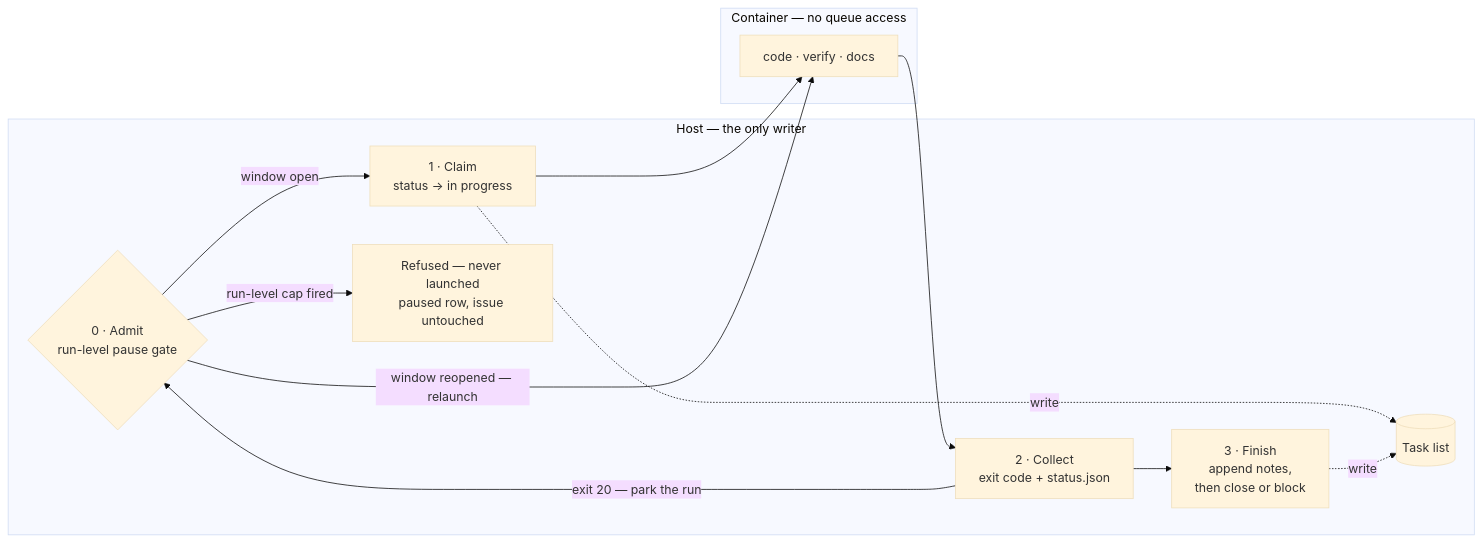
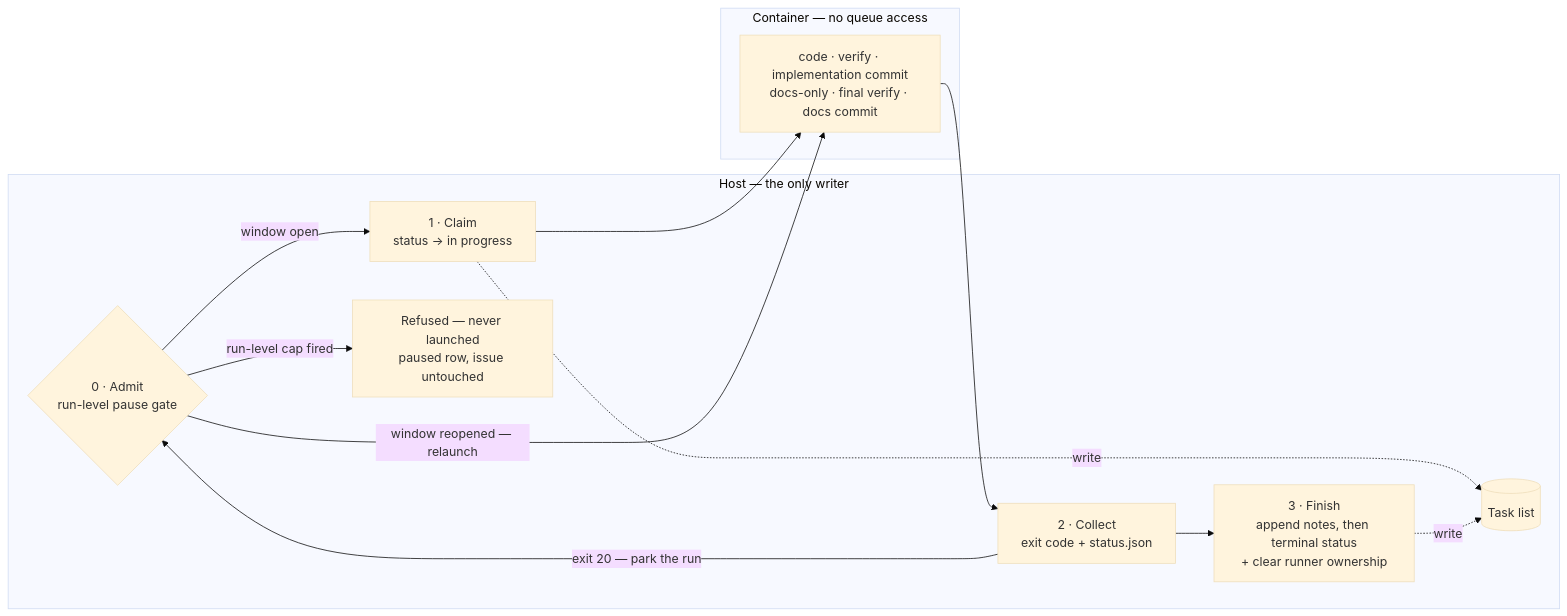
The third of 5 diagrams in docs/pipeline-diagram.md (Chadleewalker/Multi-AgentPipelines), drawn with Mermaid (base theme) before and after one commit. The commit also changed other lines of this file and 73 other files, not shown here.

````diff
--- a/docs/pipeline-diagram.md
+++ b/docs/pipeline-diagram.md
@@ -209,23 +214,23 @@
 ```mermaid
 flowchart LR
   subgraph HOST["Host — the only writer"]
     G{"0 · Admit<br/>run-level pause gate"}
     A["1 · Claim<br/>status → in progress"]
     C["2 · Collect<br/>exit code + status.json"]
-    D["3 · Finish<br/>append notes,<br/>then close or block"]
+    D["3 · Finish<br/>append notes, then terminal status<br/>+ clear runner ownership"]
     R["Refused — never launched<br/>paused row, issue untouched"]
     Q[("Task list")]
   end
   subgraph CONT["Container — no queue access"]
-    B["code · verify · docs"]
+    B["code · verify · implementation commit<br/>docs-only · final verify · docs commit"]
   end
   G -->|"window open"| A
   G -->|"run-level cap fired"| R
   A --> B
   B --> C
   C -->|"exit 20 — park the run"| G
   G -->|"window reopened — relaunch"| B
   C --> D
   A -.->|"write"| Q
   D -.->|"write"| Q
 ```
````
